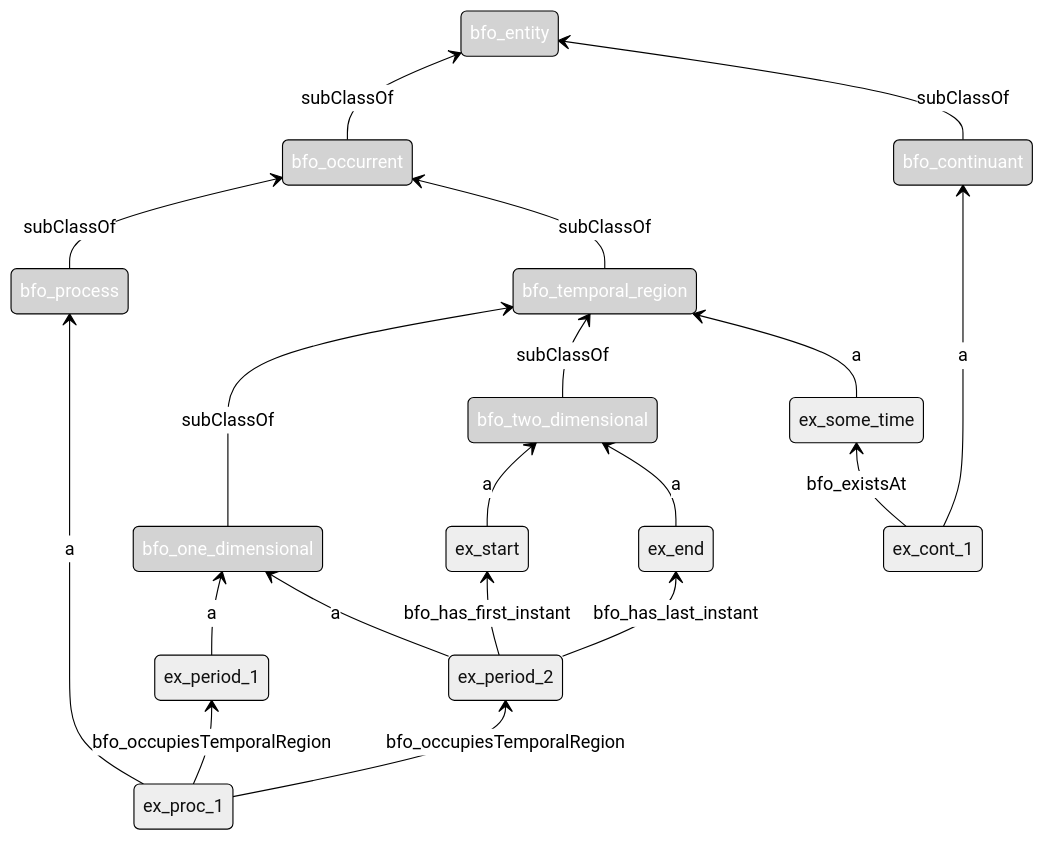
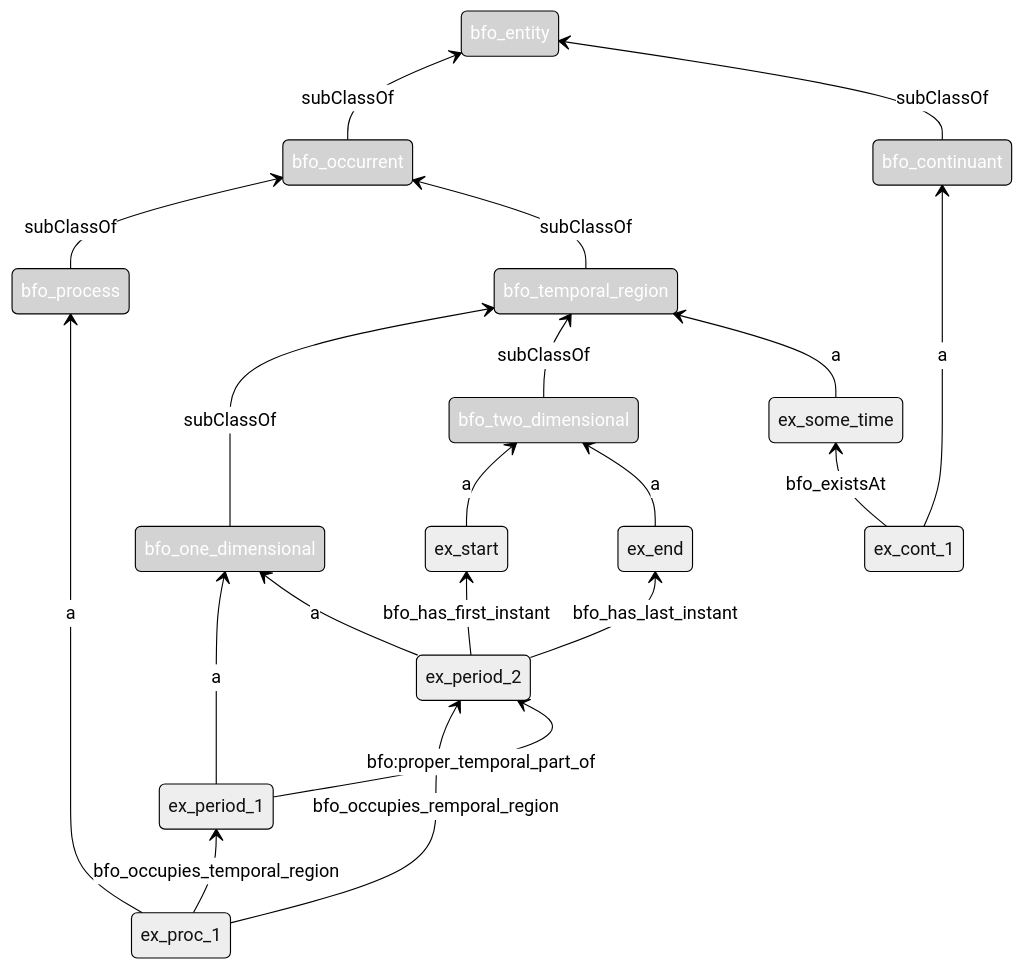
The diagram in docs/patterns.md (materialdigital/core-ontology), drawn with Mermaid (neutral theme) before and after one commit.

````diff
--- a/docs/patterns.md
+++ b/docs/patterns.md
@@ -41,43 +41,44 @@
 ```mermaid
 stateDiagram
 
 
   direction BT
 
   classDef clazz fill:lightgrey,color:white
   classDef ind font-size:small
   
   bfo_occurrent --> bfo_entity: subClassOf 
   bfo_continuant --> bfo_entity: subClassOf 
   bfo_process --> bfo_occurrent: subClassOf 
   bfo_temporal_region --> bfo_occurrent: subClassOf 
   bfo_one_dimensional --> bfo_temporal_region: subClassOf 
   bfo_two_dimensional --> bfo_temporal_region: subClassOf 
 
   class bfo_occurrent clazz  
   class bfo_entity clazz
   class bfo_continuant clazz
   class bfo_process clazz
   class bfo_temporal_region clazz
   class bfo_one_dimensional clazz
   class bfo_two_dimensional clazz
 
 
    ex_proc_1 --> bfo_process: a
    ex_period_1 --> bfo_one_dimensional: a
    ex_period_2 --> bfo_one_dimensional: a
-   ex_proc_1 --> ex_period_1: bfo_occupiesTemporalRegion
-   ex_proc_1 --> ex_period_2: bfo_occupiesTemporalRegion
+   ex_proc_1 --> ex_period_1: bfo_occupies_temporal_region
+   ex_proc_1 --> ex_period_2: bfo_occupies_remporal_region
    
    ex_some_time --> bfo_temporal_region: a 
    ex_cont_1 --> bfo_continuant: a
    ex_cont_1 --> ex_some_time: bfo_existsAt
 
    ex_start --> bfo_two_dimensional: a
    ex_end --> bfo_two_dimensional: a
    ex_period_2  --> ex_start: bfo_has_first_instant
    ex_period_2  --> ex_end: bfo_has_last_instant
+   ex_period_1 --> ex_period_2: bfo:proper_temporal_part_of
 
 
 
 ```
````
